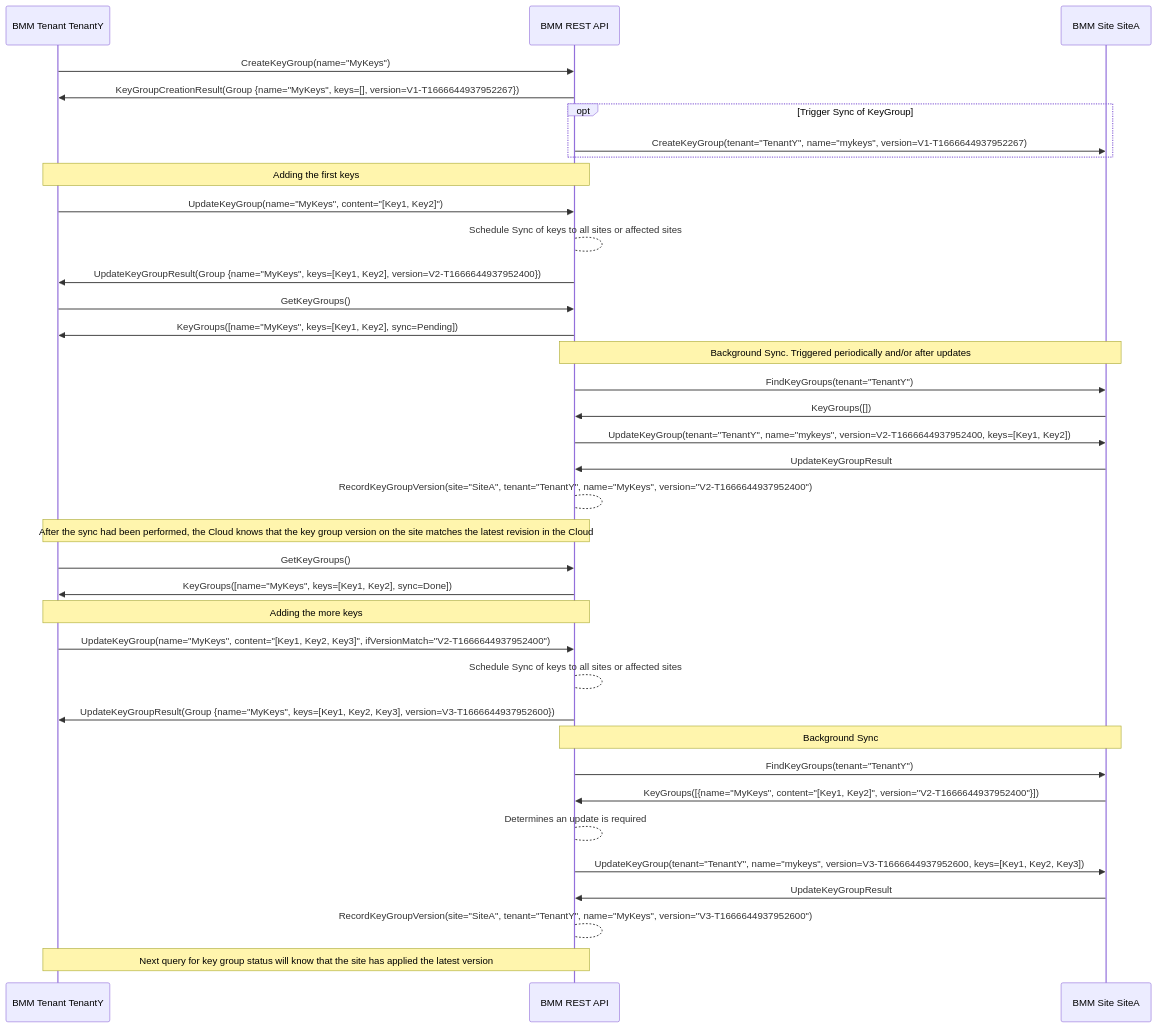
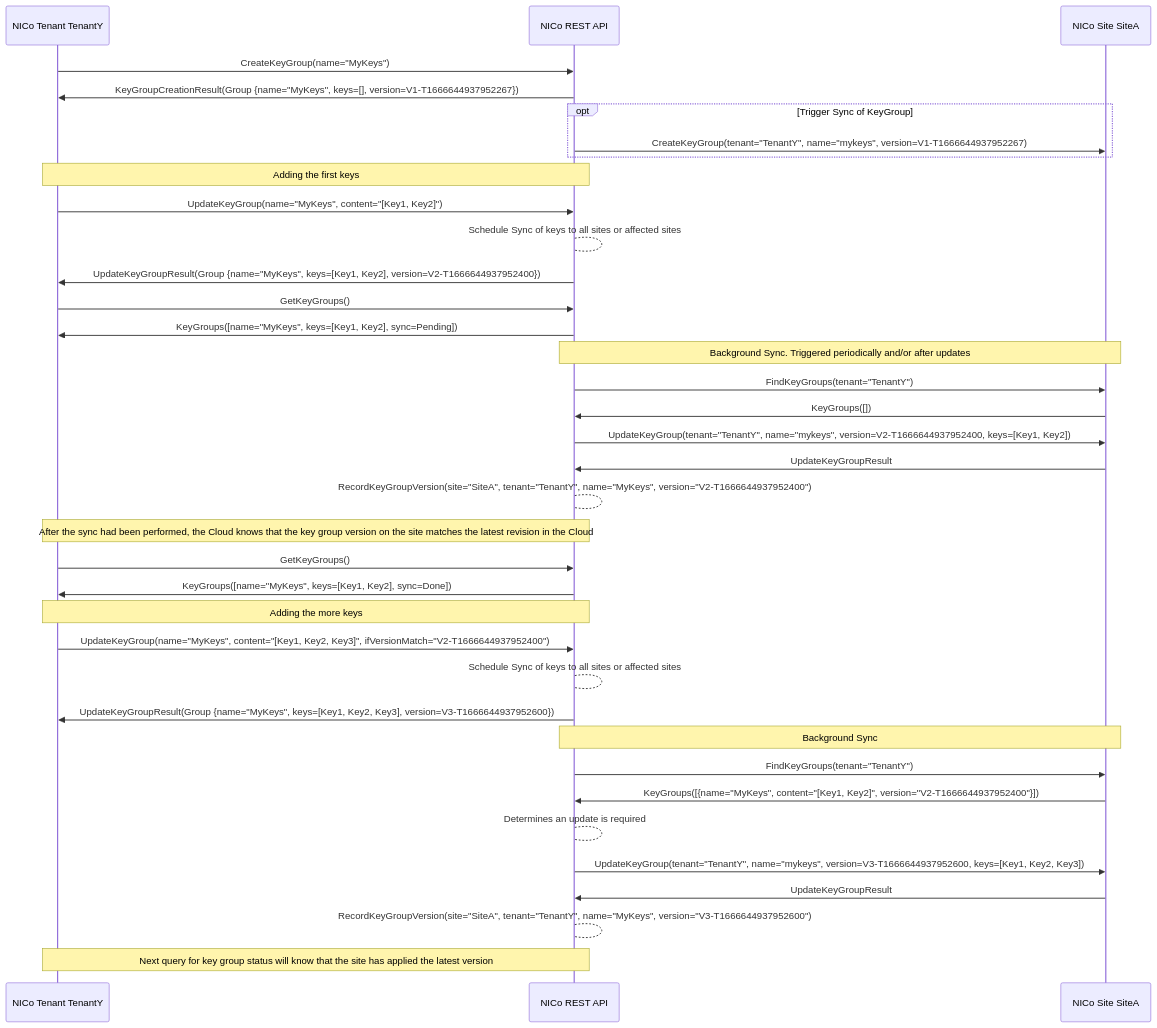
The diagram in book/src/architecture/key_group_sync.md (srinivasadmurthy/bare-metal-manager-core), drawn with Mermaid before and after one commit. The commit also changed other lines of this file and 48 other files, not shown here.

First line of the commit message:
Rename "BMM" to "NICo" in the docs/README (#575)

````diff
--- a/book/src/architecture/key_group_sync.md
+++ b/book/src/architecture/key_group_sync.md
@@ -22,50 +22,50 @@
 ```mermaid
 sequenceDiagram
-    participant U as BMM Tenant TenantY
-    participant C as BMM REST API
-    participant S as BMM Site SiteA
+    participant U as NICo Tenant TenantY
+    participant C as NICo REST API
+    participant S as NICo Site SiteA
     U->>C: CreateKeyGroup(name="MyKeys")
     C->>U: KeyGroupCreationResult(Group {name="MyKeys", keys=[], version=V1-T1666644937952267})
 
     opt Trigger Sync of KeyGroup
         C->>S: CreateKeyGroup(tenant="TenantY", name="mykeys", version=V1-T1666644937952267)
     end
 
     Note over U, C: Adding the first keys
 
     U->>C: UpdateKeyGroup(name="MyKeys", content="[Key1, Key2]")
     C-->C: Schedule Sync of keys to all sites or affected sites
     C->>U: UpdateKeyGroupResult(Group {name="MyKeys", keys=[Key1, Key2], version=V2-T1666644937952400})
 
     U->>C: GetKeyGroups()
     C->>U: KeyGroups([name="MyKeys", keys=[Key1, Key2], sync=Pending])
 
     Note over C, S: Background Sync. Triggered periodically and/or after updates
     C->>S: FindKeyGroups(tenant="TenantY")
     S->>C: KeyGroups([])
     C->>S: UpdateKeyGroup(tenant="TenantY", name="mykeys", version=V2-T1666644937952400, keys=[Key1, Key2])
     S->>C: UpdateKeyGroupResult
     C-->C: RecordKeyGroupVersion(site="SiteA", tenant="TenantY", name="MyKeys", version="V2-T1666644937952400")
 
     Note over U,C: After the sync had been performed, the Cloud knows that the key group version on the site matches the latest revision in the Cloud
 
     U->>C: GetKeyGroups()
     C->>U: KeyGroups([name="MyKeys", keys=[Key1, Key2], sync=Done])
 
     Note over U, C: Adding the more keys
 
     U->>C: UpdateKeyGroup(name="MyKeys", content="[Key1, Key2, Key3]", ifVersionMatch="V2-T1666644937952400")
     C-->C: Schedule Sync of keys to all sites or affected sites
     C->>U: UpdateKeyGroupResult(Group {name="MyKeys", keys=[Key1, Key2, Key3], version=V3-T1666644937952600})
 
     Note over C,S: Background Sync
     C->>S: FindKeyGroups(tenant="TenantY")
     S->>C: KeyGroups([{name="MyKeys", content="[Key1, Key2]", version="V2-T1666644937952400"}])
     C-->C: Determines an update is required
     C->>S: UpdateKeyGroup(tenant="TenantY", name="mykeys", version=V3-T1666644937952600, keys=[Key1, Key2, Key3])
     S->>C: UpdateKeyGroupResult
     C-->C: RecordKeyGroupVersion(site="SiteA", tenant="TenantY", name="MyKeys", version="V3-T1666644937952600")
 
     Note over U,C: Next query for key group status will know that the site has applied the latest version
 
 ```
````
